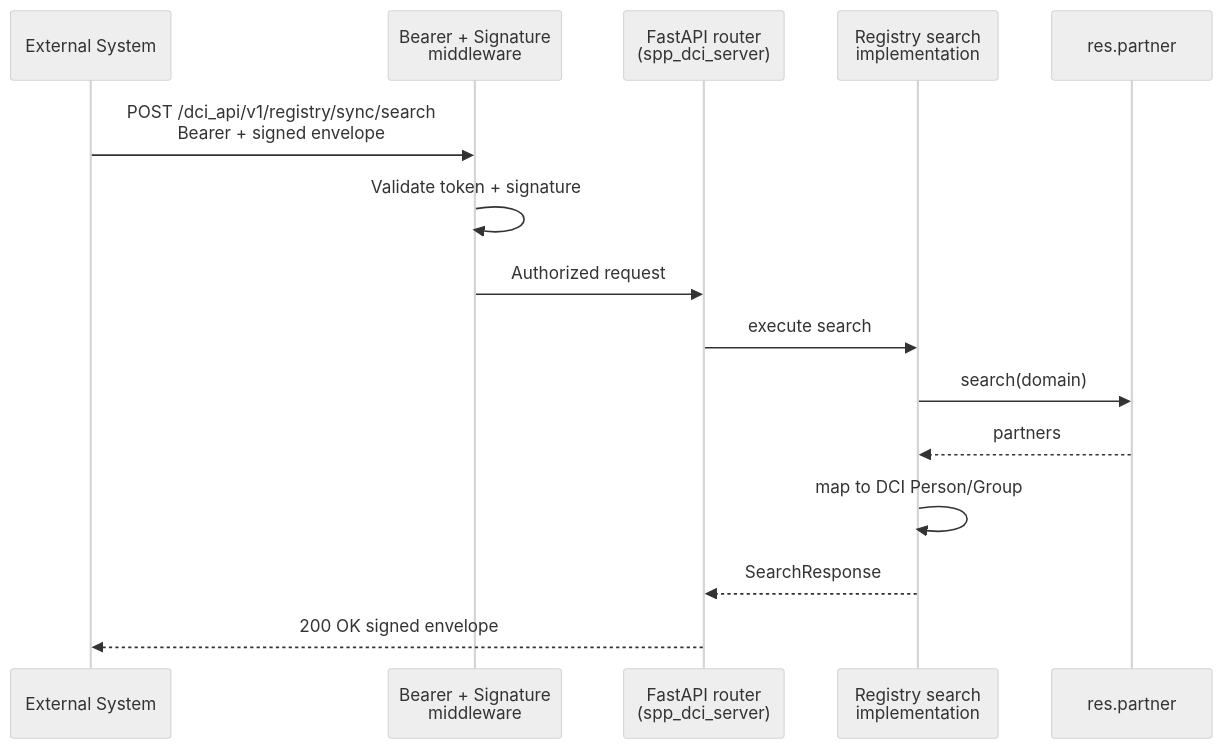
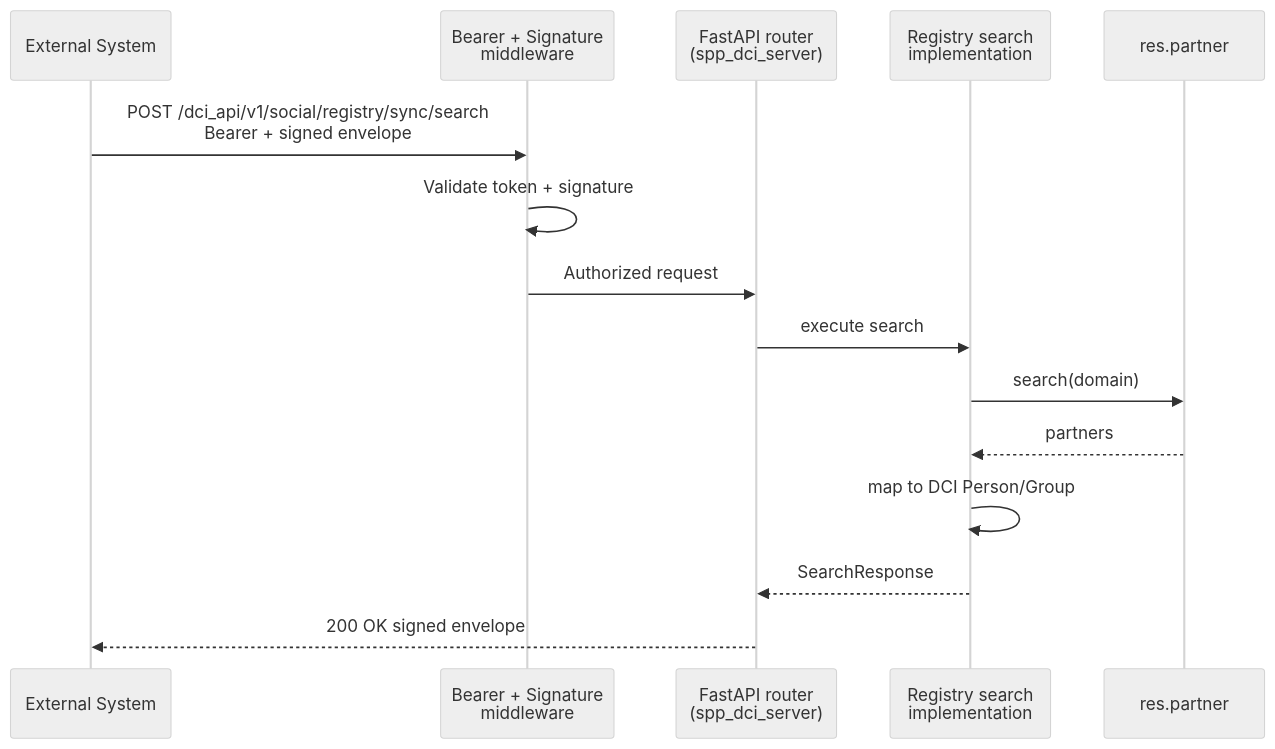
Before and after one commit to OpenSPP/documentation: the diagram in docs/developer_guide/dci/server_role.md, drawn with Mermaid (neutral theme). The commit also changed other lines of this file and 27 other files, not shown here.

````diff
--- a/docs/developer_guide/dci/server_role.md
+++ b/docs/developer_guide/dci/server_role.md
@@ -21,18 +21,18 @@
 ```{mermaid}
 sequenceDiagram
     participant External as External System
     participant Middleware as Bearer + Signature<br/>middleware
     participant Router as FastAPI router<br/>(spp_dci_server)
     participant SearchSvc as Registry search<br/>implementation
     participant DB as res.partner
 
-    External->>Middleware: POST /dci_api/v1/registry/sync/search<br/>Bearer + signed envelope
+    External->>Middleware: POST /dci_api/v1/social/registry/sync/search<br/>Bearer + signed envelope
     Middleware->>Middleware: Validate token + signature
     Middleware->>Router: Authorized request
     Router->>SearchSvc: execute search
     SearchSvc->>DB: search(domain)
     DB-->>SearchSvc: partners
     SearchSvc->>SearchSvc: map to DCI Person/Group
     SearchSvc-->>Router: SearchResponse
     Router-->>External: 200 OK signed envelope
 ```
````
